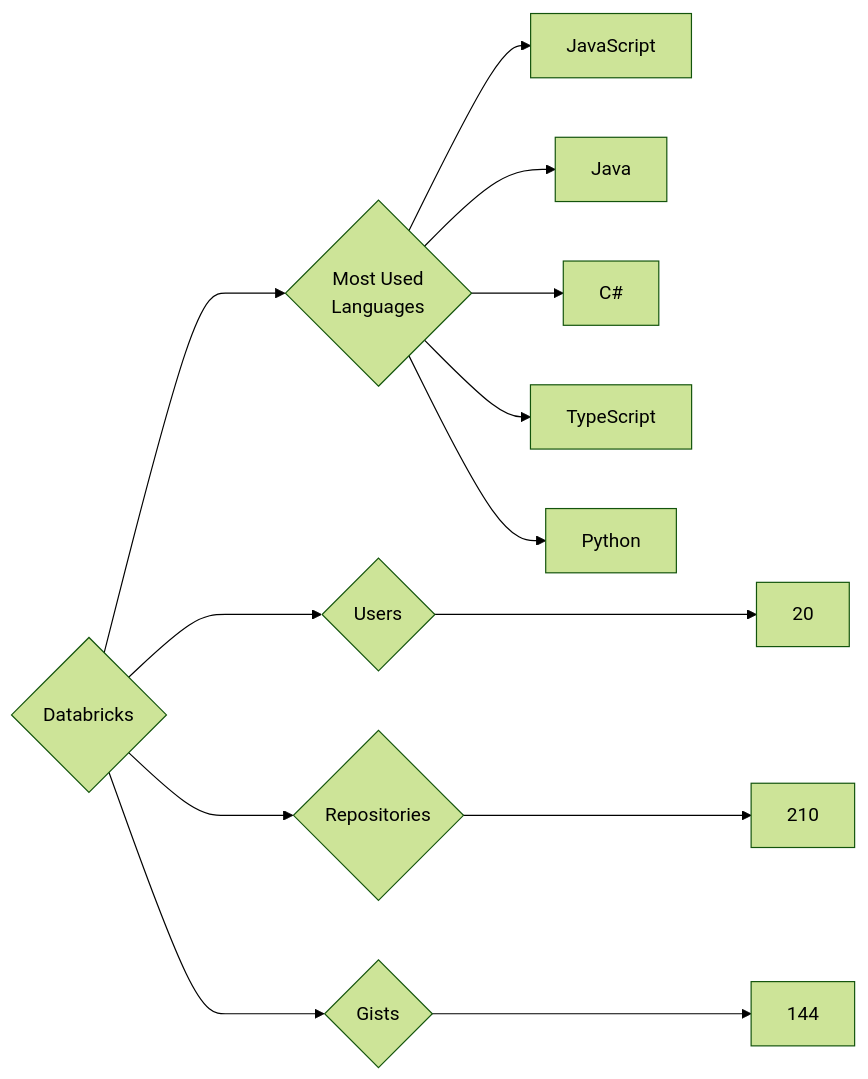
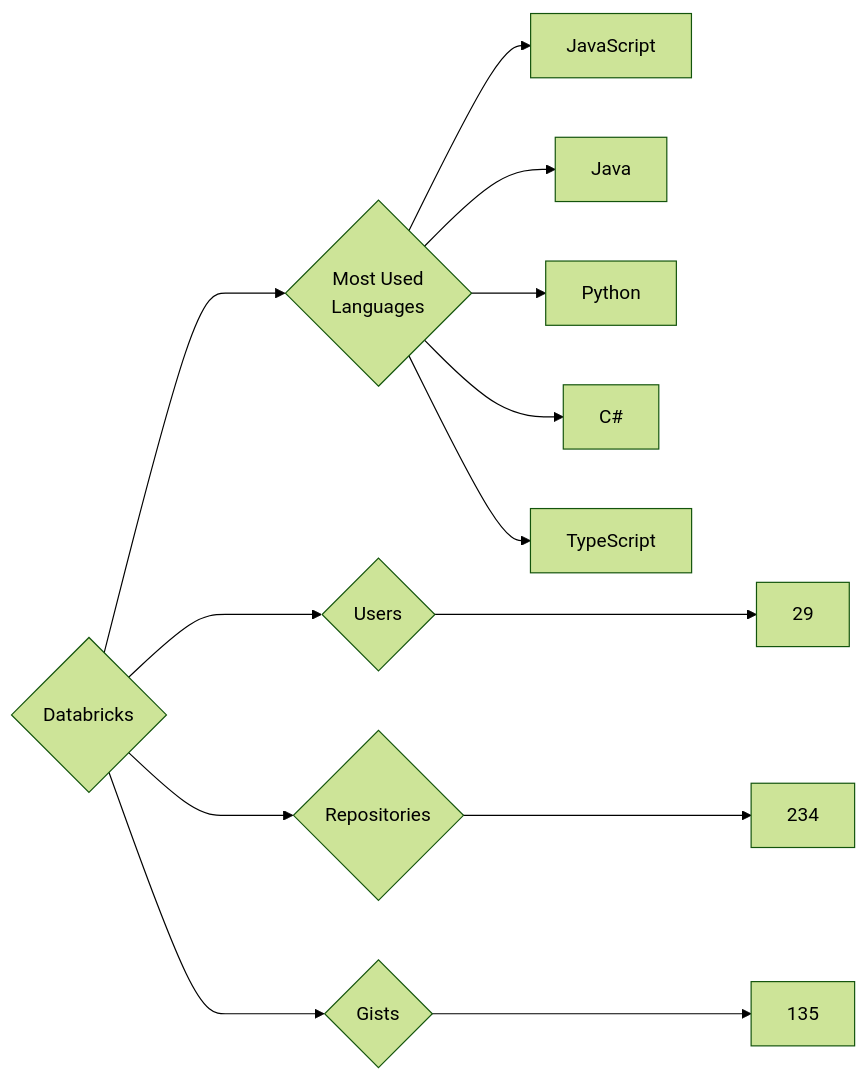
Before and after one commit to trickest/insiders: the diagram in targets/Databricks/README.md, drawn with Mermaid (forest theme). The commit also changed 657 other files, not shown here.

````diff
--- a/targets/Databricks/README.md
+++ b/targets/Databricks/README.md
@@ -3,13 +3,13 @@
 ```mermaid
 graph LR
 COMPANY_NAME{Databricks}
-COMPANY_NAME ---> U{Users} ---> UN[20]
-COMPANY_NAME ---> R{Repositories} ---> RN[210]
-COMPANY_NAME ---> G{Gists} ---> GN[144]
+COMPANY_NAME ---> U{Users} ---> UN[29]
+COMPANY_NAME ---> R{Repositories} ---> RN[234]
+COMPANY_NAME ---> G{Gists} ---> GN[135]
 COMPANY_NAME ---> ML{Most Used<br>Languages}
 ML --> JavaScript[JavaScript]
 ML --> Java[Java]
+ML --> Python[Python]
 ML --> C#[C#]
 ML --> TypeScript[TypeScript]
-ML --> Python[Python]
 ```
````
